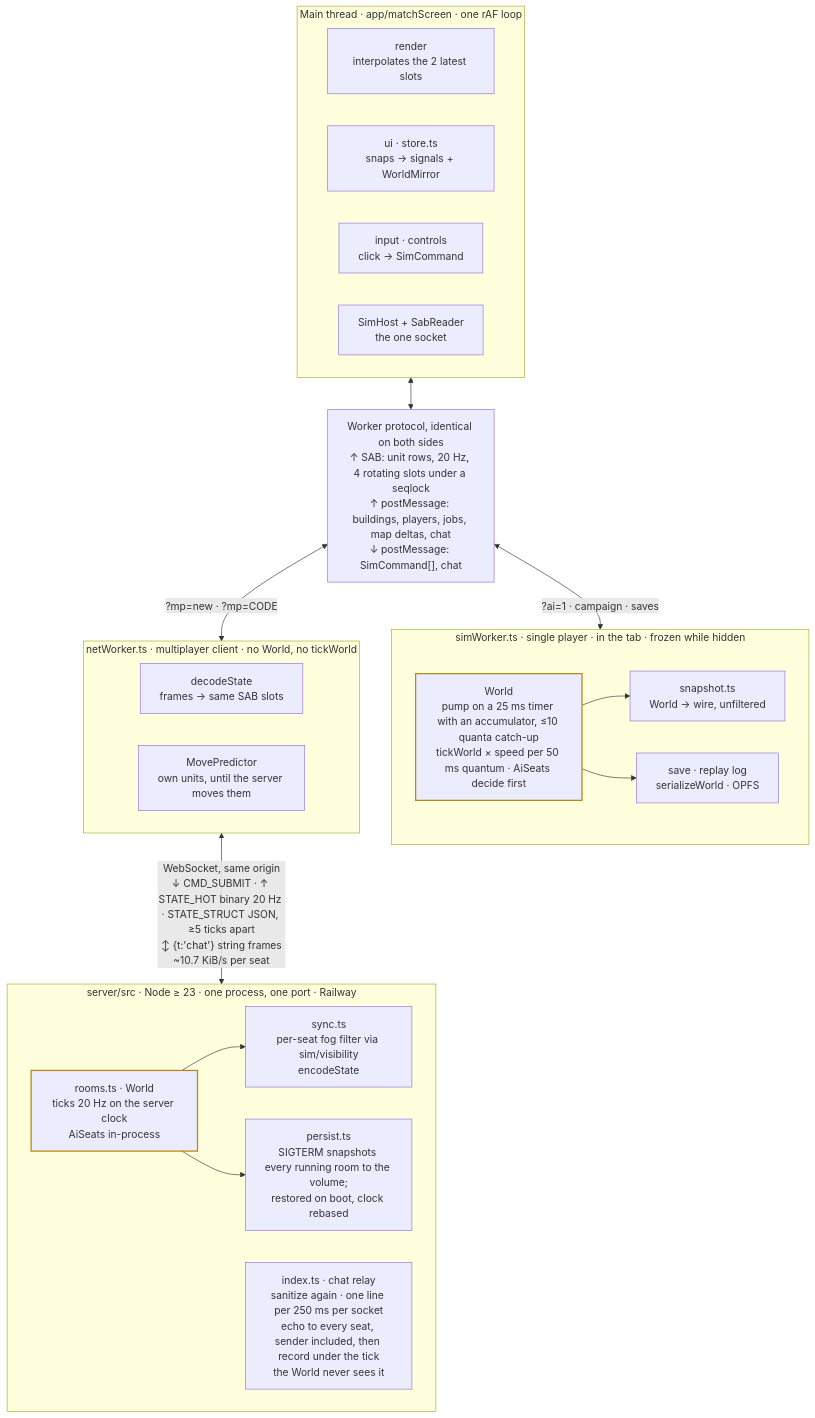
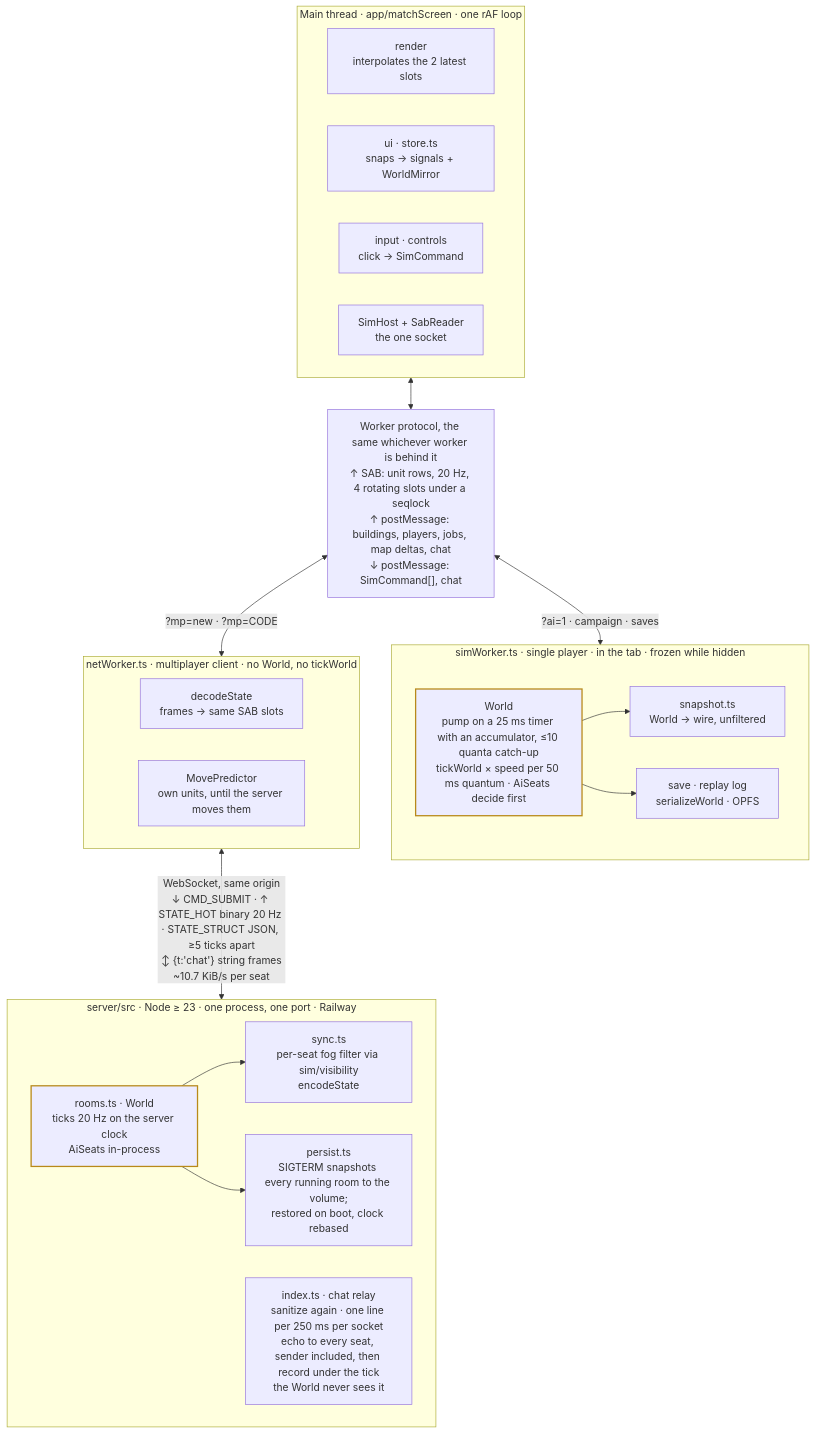
Before and after one commit to arv/serf: the second of 2 diagrams in docs/architecture.md, drawn with Mermaid. The commit also changed other lines of this file, not shown here.

First line of the commit message:
docs(architecture): say what the code does, not what it promises

````diff
--- a/docs/architecture.md
+++ b/docs/architecture.md
@@ -102,42 +109,42 @@
 ```mermaid
 flowchart TB
   subgraph main["Main thread · app/matchScreen · one rAF loop"]
     direction LR
     render["render<br/>interpolates the 2 latest slots"]
     uistore["ui · store.ts<br/>snaps → signals + WorldMirror"]
     controls["input · controls<br/>click → SimCommand"]
     host["SimHost + SabReader<br/>the one socket"]
   end
-  wire["Worker protocol, identical on both sides<br/>↑ SAB: unit rows, 20 Hz, 4 rotating slots under a seqlock<br/>↑ postMessage: buildings, players, jobs, map deltas, chat<br/>↓ postMessage: SimCommand[], chat"]
+  wire["Worker protocol, the same whichever worker is behind it<br/>↑ SAB: unit rows, 20 Hz, 4 rotating slots under a seqlock<br/>↑ postMessage: buildings, players, jobs, map deltas, chat<br/>↓ postMessage: SimCommand[], chat"]
   main <--> wire
 
   subgraph solo["simWorker.ts · single player · in the tab · frozen while hidden"]
     world1["World<br/>pump on a 25 ms timer with an accumulator, ≤10 quanta catch-up<br/>tickWorld × speed per 50 ms quantum · AiSeats decide first"]
     snap["snapshot.ts<br/>World → wire, unfiltered"]
     save["save · replay log<br/>serializeWorld · OPFS"]
     world1 --> snap
     world1 --> save
   end
   wire <-- "?ai=1 · campaign · saves" --> solo
 
   subgraph mp["netWorker.ts · multiplayer client · no World, no tickWorld"]
     direction LR
     decode["decodeState<br/>frames → same SAB slots"]
     predict["MovePredictor<br/>own units, until the server moves them"]
   end
   wire <-- "?mp=new · ?mp=CODE" --> mp
 
   subgraph srv["server/src · Node ≥ 23 · one process, one port · Railway"]
     direction LR
     rooms["rooms.ts · World<br/>ticks 20 Hz on the server clock<br/>AiSeats in-process"]
     sync["sync.ts<br/>per-seat fog filter via sim/visibility<br/>encodeState"]
     persist["persist.ts<br/>SIGTERM snapshots every running room to the volume;<br/>restored on boot, clock rebased"]
     relay["index.ts · chat relay<br/>sanitize again · one line per 250 ms per socket<br/>echo to every seat, sender included, then record under the tick<br/>the World never sees it"]
     rooms --> sync
     rooms --> persist
   end
   mp <-- "WebSocket, same origin<br/>↓ CMD_SUBMIT · ↑ STATE_HOT binary 20 Hz · STATE_STRUCT JSON, ≥5 ticks apart<br/>↕ {t:'chat'} string frames<br/>~10.7 KiB/s per seat" --> srv
 
   style world1 stroke:#b8891a,stroke-width:2px
   style rooms stroke:#b8891a,stroke-width:2px
 ```
````
